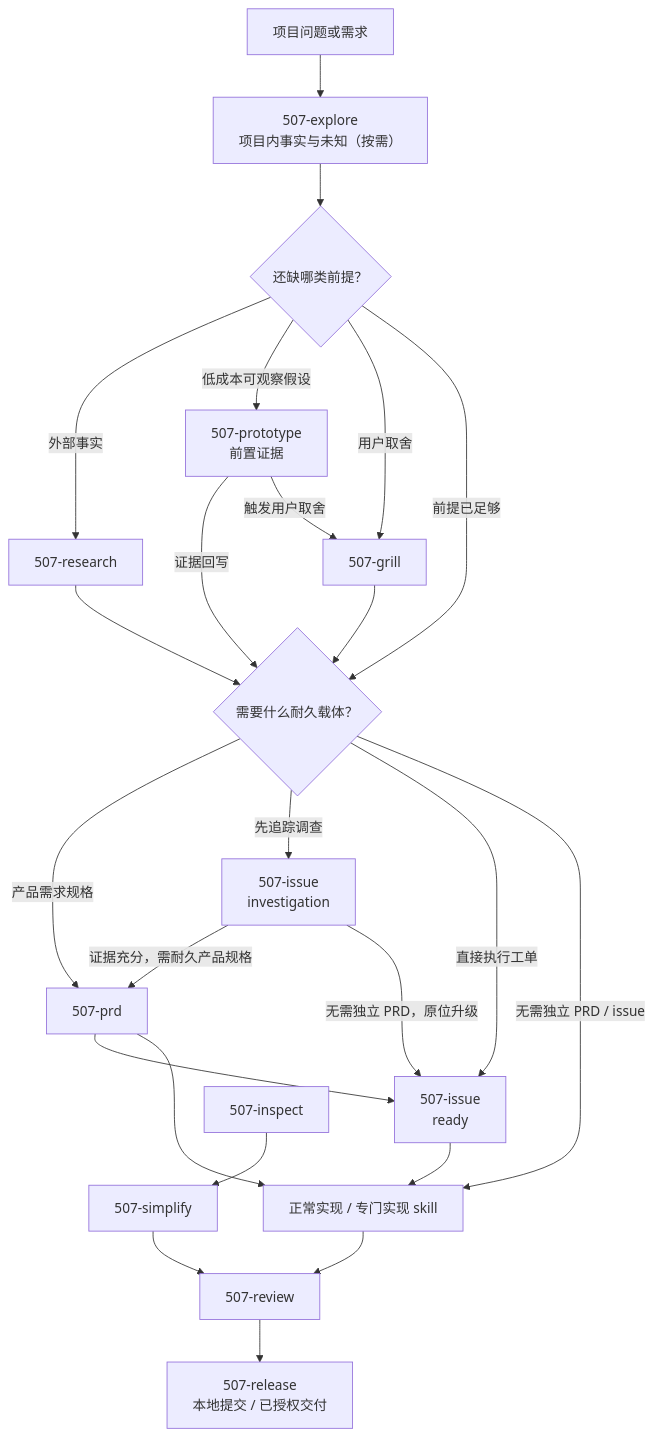
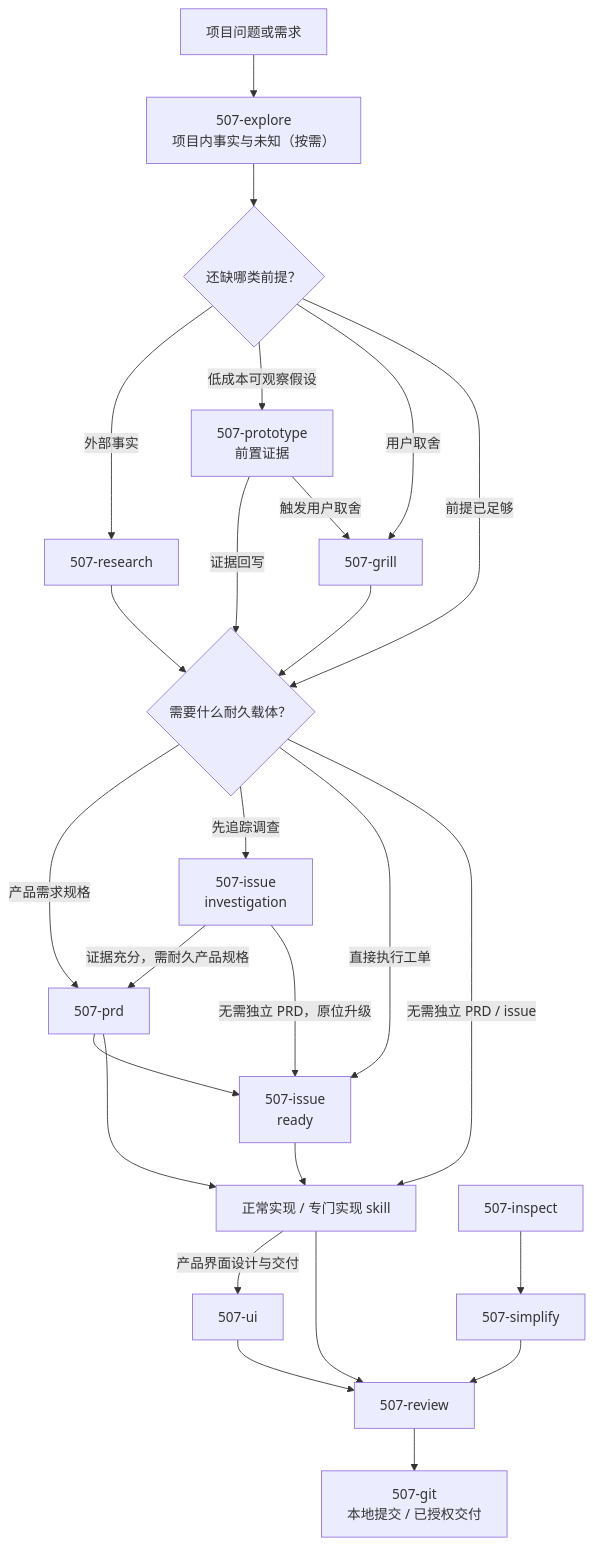
One commit to ssdiwu/507-skills changed the diagram in code/README.md. Above: the diagram before and after it, drawn with Mermaid. The commit also changed other lines of this file and 103 other files, not shown here.

````diff
--- a/code/README.md
+++ b/code/README.md
@@ -7,28 +7,30 @@
 ```mermaid
 flowchart TD
     problem["项目问题或需求"] --> explore["507-explore<br/>项目内事实与未知（按需）"]
     explore --> evidence{"还缺哪类前提？"}
     evidence -->|"外部事实"| research["507-research"]
     evidence -->|"低成本可观察假设"| prototype["507-prototype<br/>前置证据"]
     evidence -->|"用户取舍"| grill["507-grill"]
     evidence -->|"前提已足够"| ready{"需要什么耐久载体？"}
     research --> ready
     prototype -->|"证据回写"| ready
     prototype -->|"触发用户取舍"| grill
     grill --> ready
 
     ready -->|"产品需求规格"| prd["507-prd"]
     ready -->|"先追踪调查"| investigation["507-issue<br/>investigation"]
     ready -->|"直接执行工单"| issue["507-issue<br/>ready"]
     ready -->|"无需独立 PRD / issue"| implement["正常实现 / 专门实现 skill"]
     investigation -->|"证据充分，需耐久产品规格"| prd
     investigation -->|"无需独立 PRD，原位升级"| issue
     prd --> issue
     prd --> implement
     issue --> implement
+    implement -->|"产品界面设计与交付"| ui["507-ui"]
+    ui --> review
 
     implement --> review["507-review"]
-    review --> release["507-release<br/>本地提交 / 已授权交付"]
+    review --> release["507-git<br/>本地提交 / 已授权交付"]
 
     inspect["507-inspect"] --> simplify["507-simplify"] --> review
 ```
````
